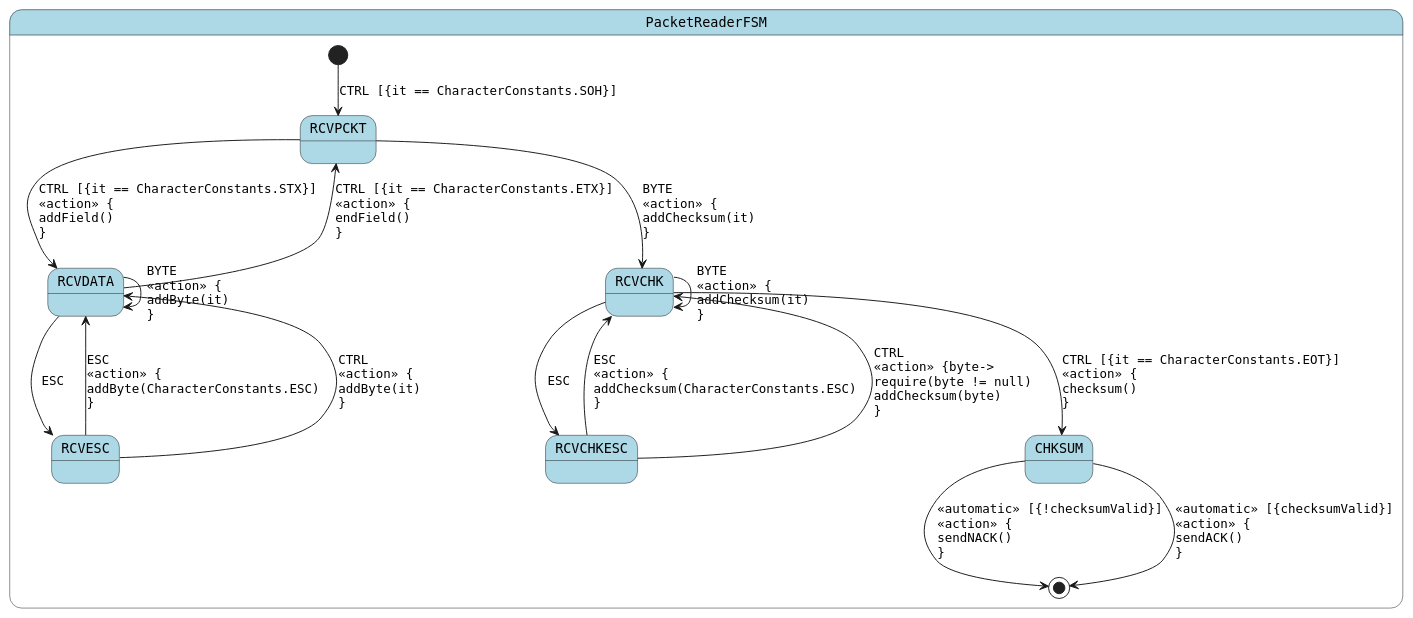
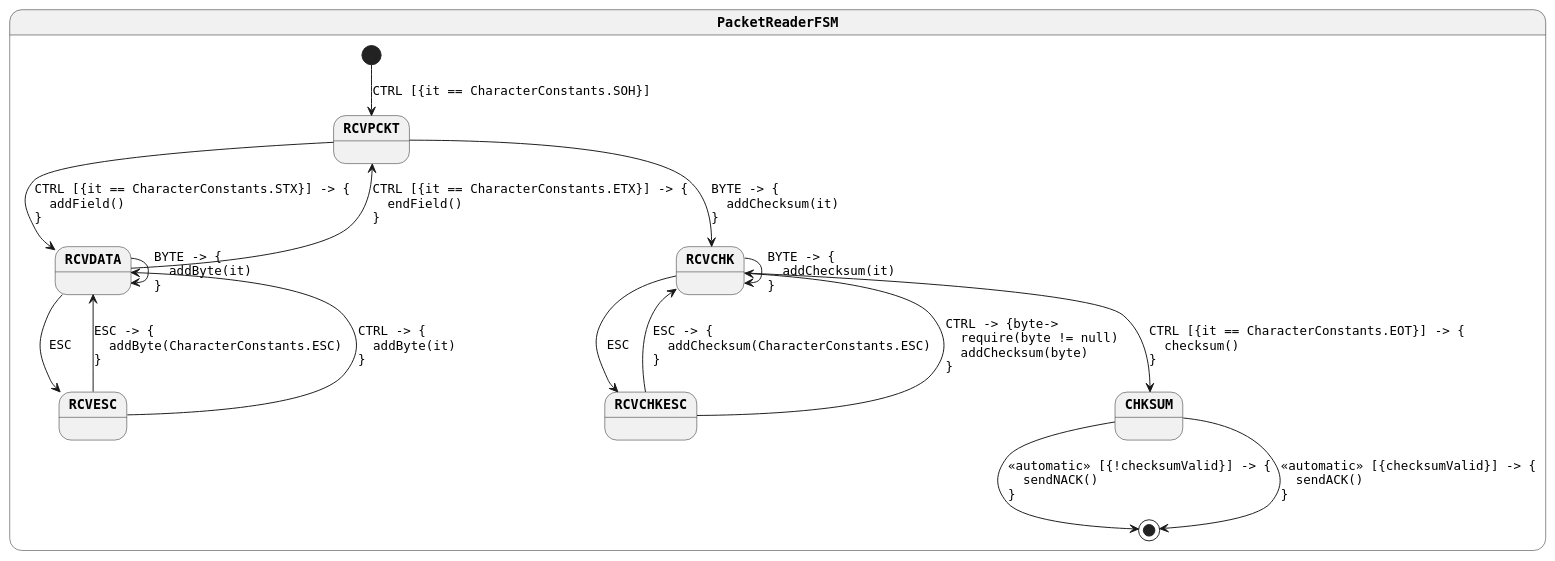
Before and after one commit to open-jumpco/kfsm-viz-plugin: the diagram in output/generated/packet-reader.plantuml, drawn with PlantUML. The commit also changed 10 other files, not shown here.

```diff
--- a/output/generated/packet-reader.plantuml
+++ b/output/generated/packet-reader.plantuml
@@ -1,24 +1,27 @@
 @startuml
+skinparam monochrome true
 skinparam StateFontName Helvetica
 skinparam defaultFontName Monospaced
+skinparam defaultFontStyle Bold
 skinparam state {
-    BackgroundColor LightBlue
+    FontColor Black
+    FontStyle Bold
 }
 state PacketReaderFSM {
 [*] --> RCVPCKT : CTRL [{it == CharacterConstants.SOH}]
-RCVPCKT --> RCVDATA : CTRL [{it == CharacterConstants.STX}]\l<<action>> {\laddField()\l}
-RCVPCKT --> RCVCHK : BYTE\l<<action>> {\laddChecksum(it)\l}
-RCVDATA --> RCVDATA : BYTE\l<<action>> {\laddByte(it)\l}
-RCVDATA --> RCVPCKT : CTRL [{it == CharacterConstants.ETX}]\l<<action>> {\lendField()\l}
+RCVPCKT --> RCVDATA : CTRL [{it == CharacterConstants.STX}] -> {\l  addField()\l}
+RCVPCKT --> RCVCHK : BYTE -> {\l  addChecksum(it)\l}
+RCVDATA --> RCVDATA : BYTE -> {\l  addByte(it)\l}
+RCVDATA --> RCVPCKT : CTRL [{it == CharacterConstants.ETX}] -> {\l  endField()\l}
 RCVDATA --> RCVESC : ESC
-RCVESC --> RCVDATA : ESC\l<<action>> {\laddByte(CharacterConstants.ESC)\l}
-RCVESC --> RCVDATA : CTRL\l<<action>> {\laddByte(it)\l}
-RCVCHK --> RCVCHK : BYTE\l<<action>> {\laddChecksum(it)\l}
+RCVESC --> RCVDATA : ESC -> {\l  addByte(CharacterConstants.ESC)\l}
+RCVESC --> RCVDATA : CTRL -> {\l  addByte(it)\l}
+RCVCHK --> RCVCHK : BYTE -> {\l  addChecksum(it)\l}
 RCVCHK --> RCVCHKESC : ESC
-RCVCHK --> CHKSUM : CTRL [{it == CharacterConstants.EOT}]\l<<action>> {\lchecksum()\l}
-CHKSUM --> [*] : <<automatic>> [{!checksumValid}]\l<<action>> {\lsendNACK()\l}
-CHKSUM --> [*] : <<automatic>> [{checksumValid}]\l<<action>> {\lsendACK()\l}
-RCVCHKESC --> RCVCHK : ESC\l<<action>> {\laddChecksum(CharacterConstants.ESC)\l}
-RCVCHKESC --> RCVCHK : CTRL\l<<action>> {byte->\lrequire(byte != null)\laddChecksum(byte)\l}
+RCVCHK --> CHKSUM : CTRL [{it == CharacterConstants.EOT}] -> {\l  checksum()\l}
+CHKSUM --> [*] : <<automatic>> [{!checksumValid}] -> {\l  sendNACK()\l}
+CHKSUM --> [*] : <<automatic>> [{checksumValid}] -> {\l  sendACK()\l}
+RCVCHKESC --> RCVCHK : ESC -> {\l  addChecksum(CharacterConstants.ESC)\l}
+RCVCHKESC --> RCVCHK : CTRL -> {byte->\l  require(byte != null)\l  addChecksum(byte)\l}
 }
 @enduml
```
